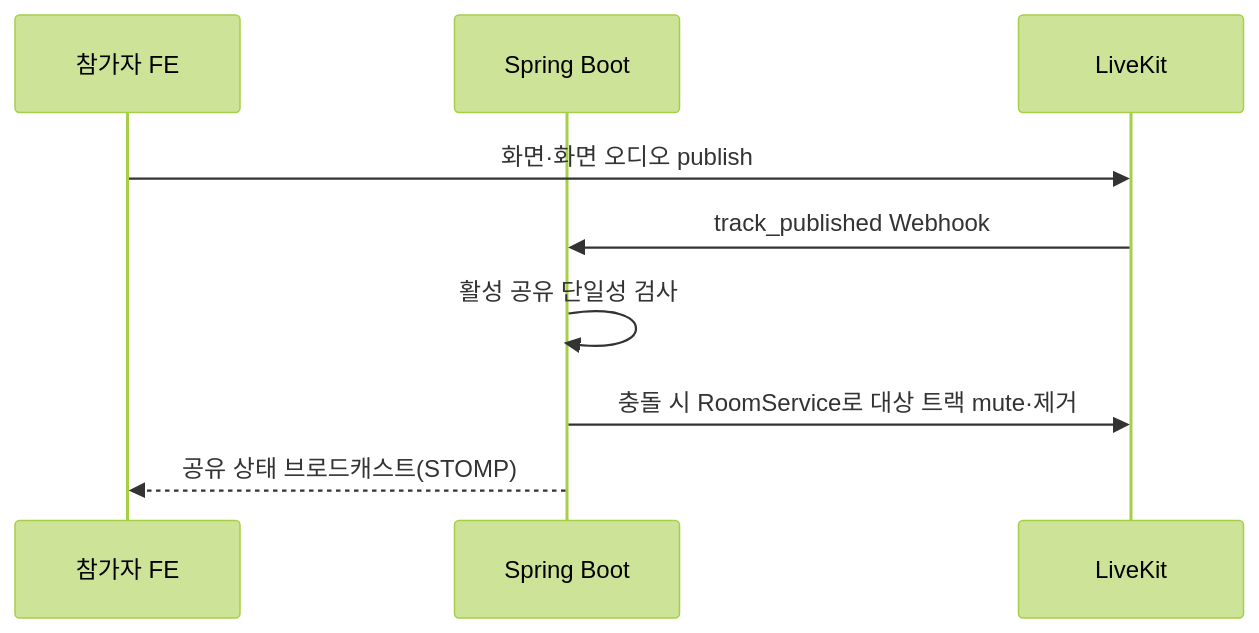
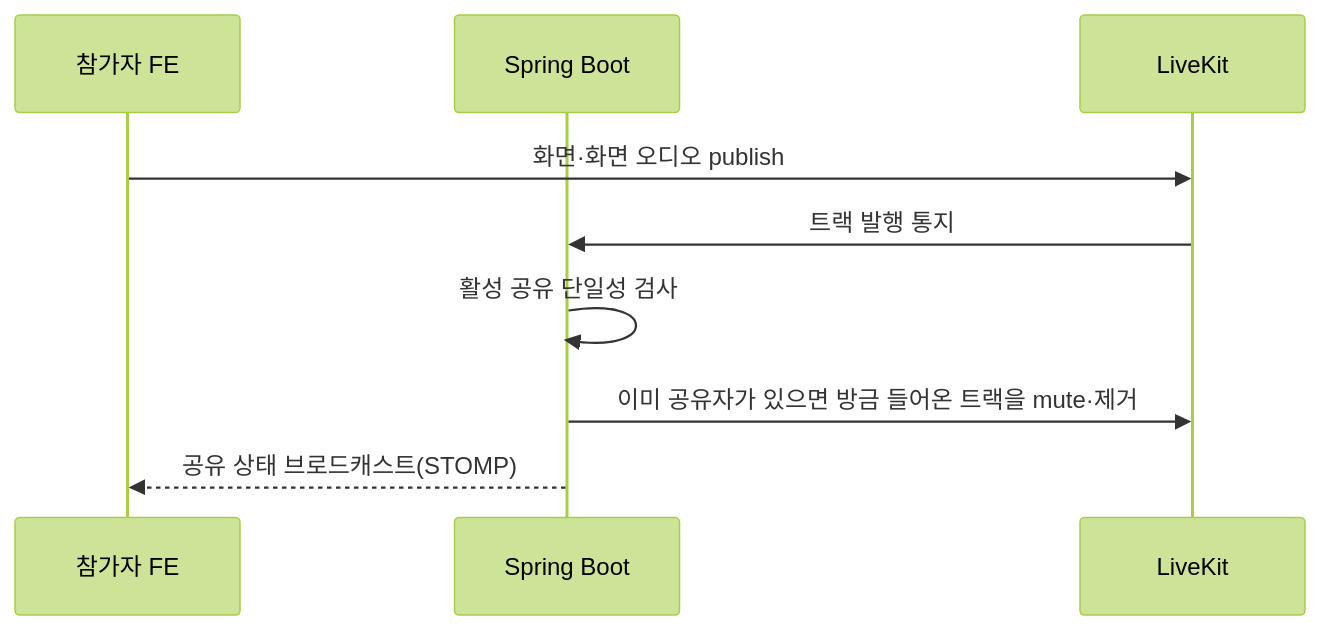
The diagram in .agents/livekit-backend-guide.md (eomgerm/zani), drawn with Mermaid (forest theme) before and after one commit. The commit also changed other lines of this file and 3 other files, not shown here.

````diff
--- a/.agents/livekit-backend-guide.md
+++ b/.agents/livekit-backend-guide.md
@@ -292,12 +287,12 @@
 ```mermaid
 sequenceDiagram
     participant P as 참가자 FE
     participant BE as Spring Boot
     participant LK as LiveKit
 
     P->>LK: 화면·화면 오디오 publish
-    LK->>BE: track_published Webhook
+    LK->>BE: 트랙 발행 통지
     BE->>BE: 활성 공유 단일성 검사
-    BE->>LK: 충돌 시 RoomService로 대상 트랙 mute·제거
+    BE->>LK: 이미 공유자가 있으면 방금 들어온 트랙을 mute·제거
     BE-->>P: 공유 상태 브로드캐스트(STOMP)
 ```
````
